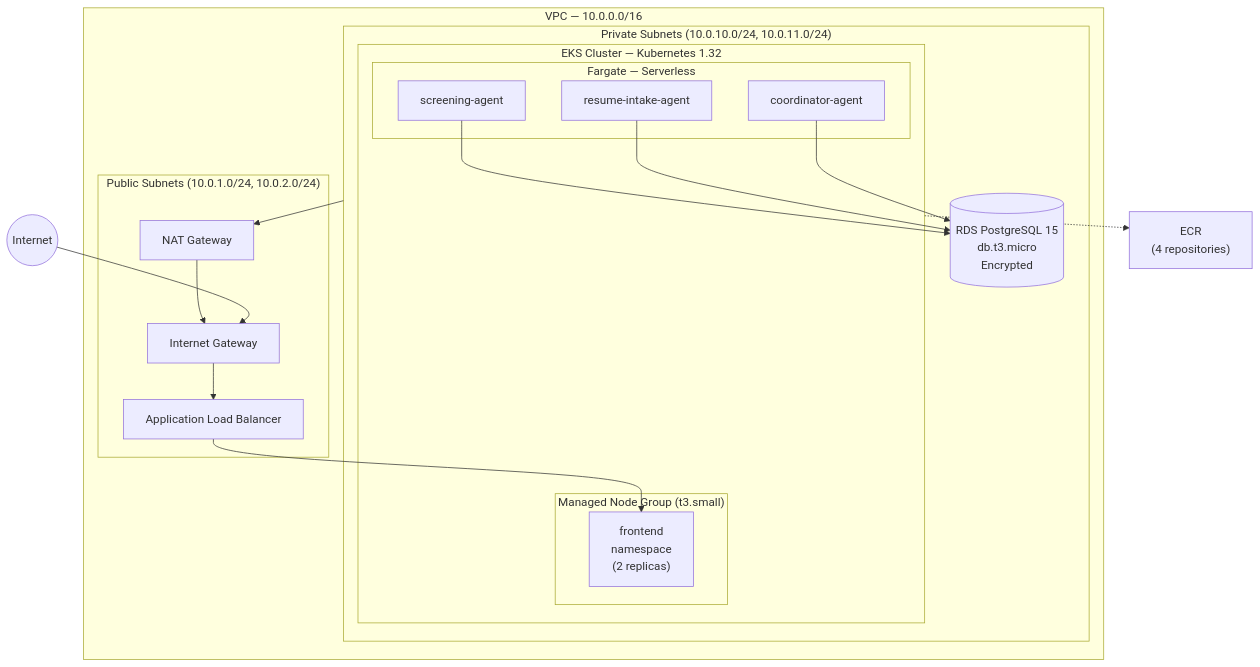
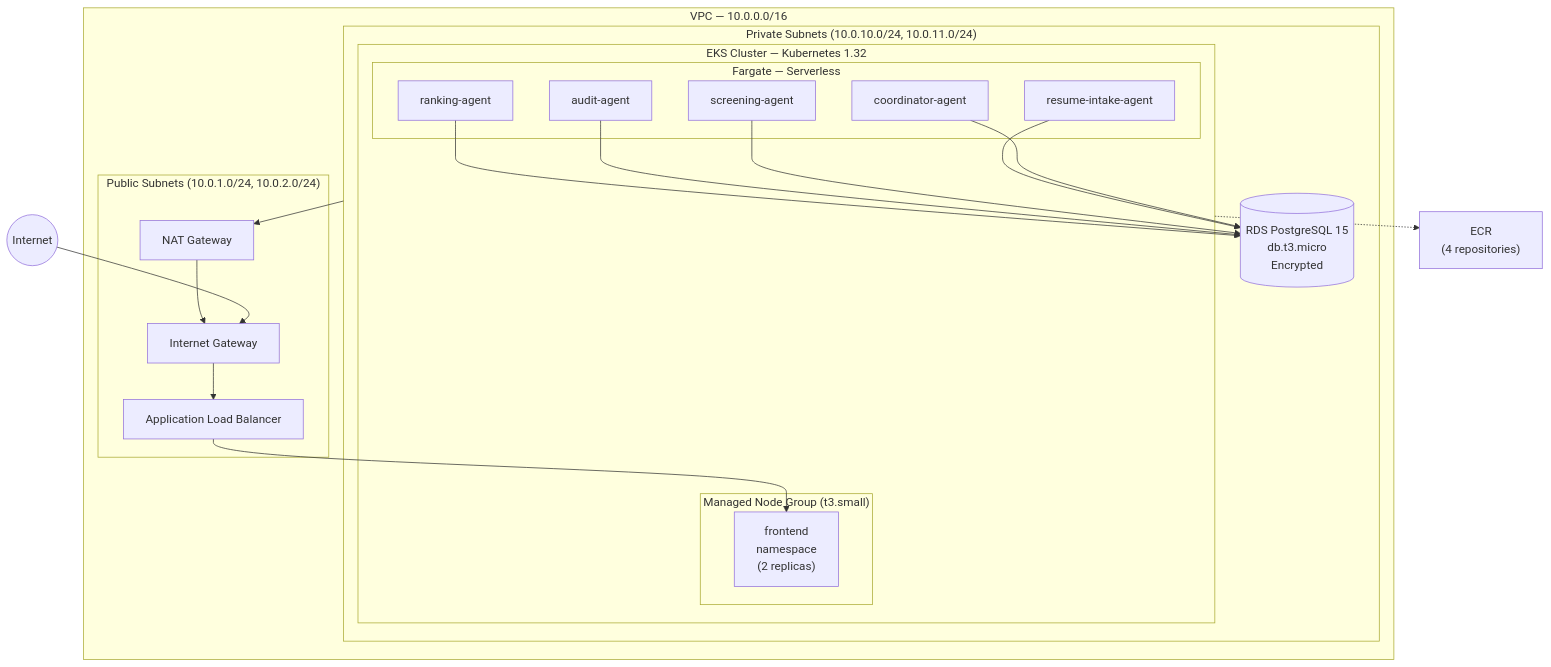
The first of 2 diagrams in infra/terraform/README.md (NUS-ISS-T20-GCAAS/agent-based-hiring-system), drawn with Mermaid before and after one commit. The commit also changed other lines of this file and 4 other files, not shown here.

Commit message:
Add k8s template for audit and ranking agents

````diff
--- a/infra/terraform/README.md
+++ b/infra/terraform/README.md
@@ -37,35 +37,39 @@
 ```mermaid
 graph TB
     Internet((Internet))
 
     subgraph VPC["VPC — 10.0.0.0/16"]
         subgraph PubSub["Public Subnets (10.0.1.0/24, 10.0.2.0/24)"]
             IGW[Internet Gateway]
             ALB[Application Load Balancer]
             NAT[NAT Gateway]
         end
 
         subgraph PrivSub["Private Subnets (10.0.10.0/24, 10.0.11.0/24)"]
             subgraph EKS["EKS Cluster — Kubernetes 1.32"]
                 subgraph NodeGroup["Managed Node Group (t3.small)"]
                     FE["frontend<br/>namespace<br/>(2 replicas)"]
                 end
                 subgraph Fargate["Fargate — Serverless"]
                     COORD["coordinator-agent"]
                     RESUME["resume-intake-agent"]
                     SCREEN["screening-agent"]
+                    AUDIT["audit-agent"]
+                    RANKING["ranking-agent"]
                 end
             end
             RDS[("RDS PostgreSQL 15<br/>db.t3.micro<br/>Encrypted")]
         end
     end
 
     ECR["ECR<br/>(4 repositories)"]
 
     Internet --> IGW --> ALB --> FE
     COORD --> RDS
     RESUME --> RDS
     SCREEN --> RDS
+    AUDIT --> RDS
+    RANKING --> RDS
     PrivSub --> NAT --> IGW
     EKS -.-> ECR
 ```
````
